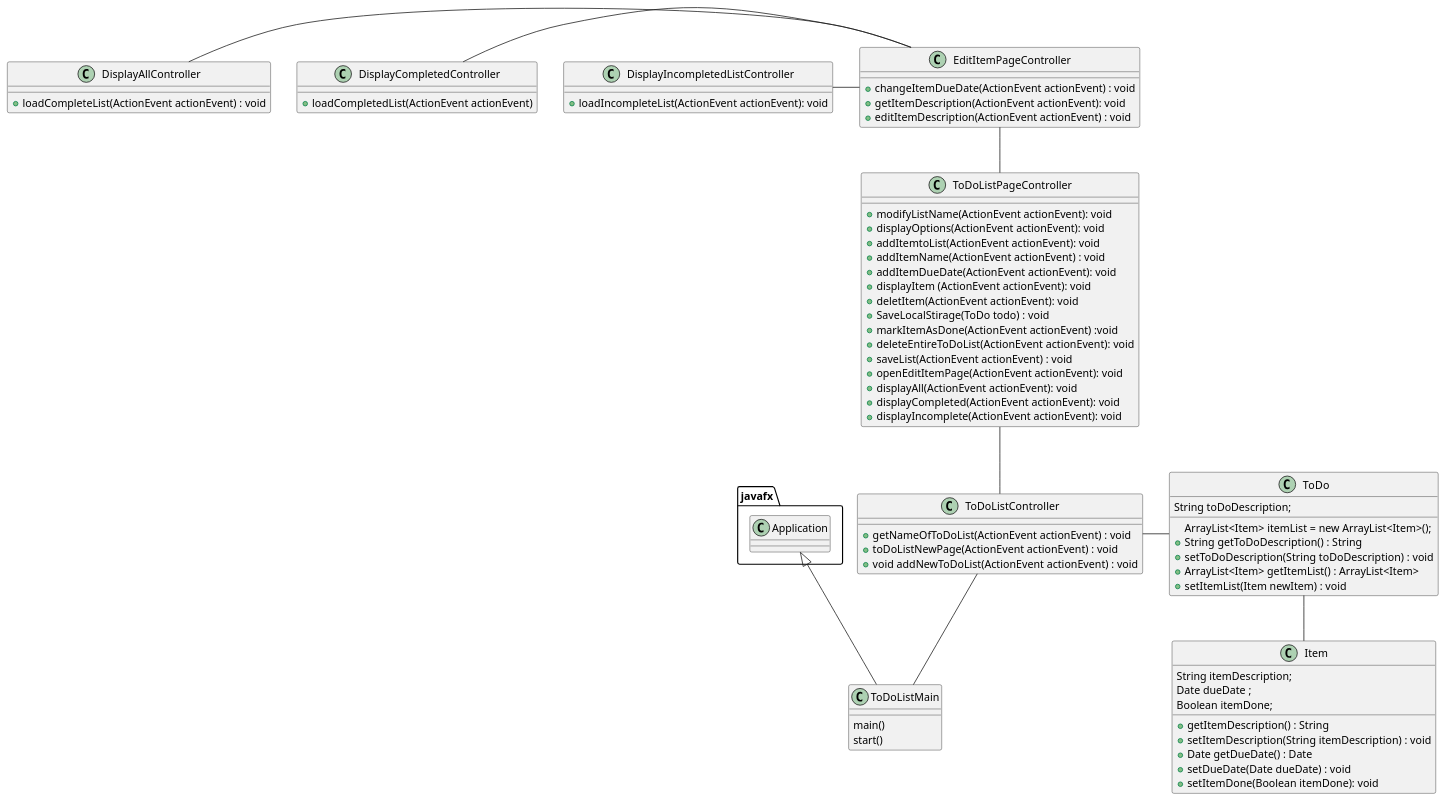
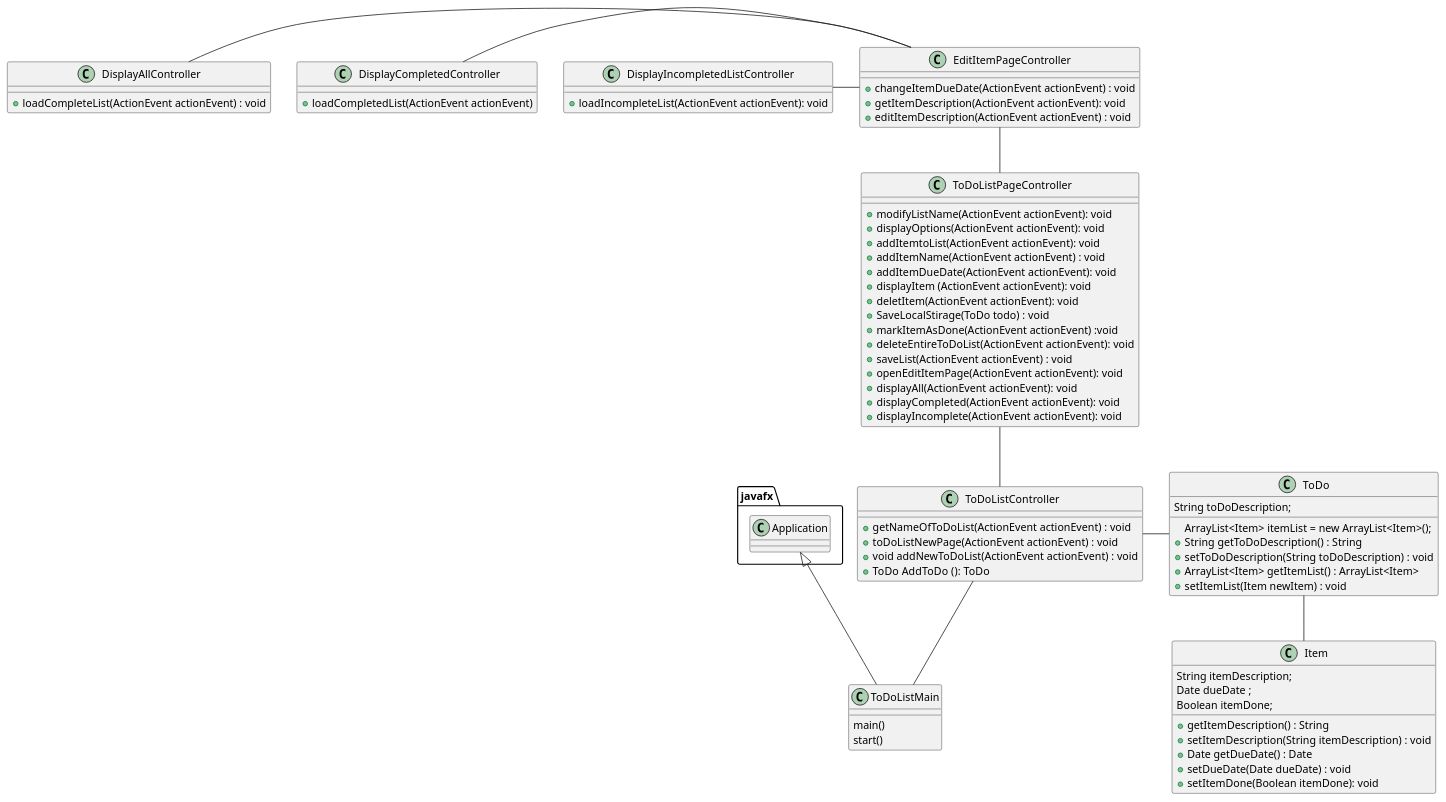
The diagram in UML/ToDoListApp.puml (SaharaSheik/Sheikholeslami-cop3330-assignment4), drawn with PlantUML before and after one commit. The commit also changed 11 other files, not shown here.

```diff
--- a/UML/ToDoListApp.puml
+++ b/UML/ToDoListApp.puml
@@ -1,91 +1,95 @@
 @startuml
 'https://plantuml.com/sequence-diagram
 
 class ToDoListMain{
     main()
     start()
 }
 
 class EditItemPageController {
 
 +changeItemDueDate(ActionEvent actionEvent) : void
 +getItemDescription(ActionEvent actionEvent): void
 + editItemDescription(ActionEvent actionEvent) : void
 
 }
 
-class DisplayAllController {
-+loadCompleteList(ActionEvent actionEvent) : void
-}
-
 class DisplayCompletedController {
 
 +loadCompletedList(ActionEvent actionEvent)
-}
-
-class DisplayIncompletedListController {
-+loadIncompleteList(ActionEvent actionEvent): void
 }
 
 class Item{
  String itemDescription;
  Date dueDate ;
  Boolean itemDone;
 
  + getItemDescription() : String
  + setItemDescription(String itemDescription) : void
  +Date getDueDate() : Date
  + setDueDate(Date dueDate) : void
  + setItemDone(Boolean itemDone): void
 
+
+}
+
+
+class DisplayAllController {
++loadCompleteList(ActionEvent actionEvent) : void
+}
+
+
+class DisplayIncompletedListController {
++loadIncompleteList(ActionEvent actionEvent): void
 }
 
 class ToDo {
 
     String toDoDescription;
     ArrayList<Item> itemList = new ArrayList<Item>();
     + String getToDoDescription() : String
     + setToDoDescription(String toDoDescription) : void
     + ArrayList<Item> getItemList() : ArrayList<Item>
     +  setItemList(Item newItem) : void
 
 }
 
 class ToDoListController {
 + getNameOfToDoList(ActionEvent actionEvent) : void
 + toDoListNewPage(ActionEvent actionEvent) : void
 +  void addNewToDoList(ActionEvent actionEvent) : void
++ ToDo AddToDo (): ToDo
 }
 
 class ToDoListPageController {
 + modifyListName(ActionEvent actionEvent): void
 + displayOptions(ActionEvent actionEvent): void
 + addItemtoList(ActionEvent actionEvent): void
 + addItemName(ActionEvent actionEvent) : void
 + addItemDueDate(ActionEvent actionEvent): void
 + displayItem (ActionEvent actionEvent): void
 +  deletItem(ActionEvent actionEvent): void
 + SaveLocalStirage(ToDo todo) : void
 + markItemAsDone(ActionEvent actionEvent) :void
 + deleteEntireToDoList(ActionEvent actionEvent): void
 + saveList(ActionEvent actionEvent) : void
 + openEditItemPage(ActionEvent actionEvent): void
 +  displayAll(ActionEvent actionEvent): void
 + displayCompleted(ActionEvent actionEvent): void
 + displayIncomplete(ActionEvent actionEvent): void
 
 
 
 }
 
 javafx.Application <|-- ToDoListMain
 ToDoListController -- ToDoListMain
 ToDoListController - ToDo
 ToDo -- Item
 DisplayAllController - EditItemPageController
 DisplayCompletedController - EditItemPageController
 DisplayIncompletedListController - EditItemPageController
 EditItemPageController -- ToDoListPageController
 ToDoListPageController -- ToDoListController
 
 @enduml
```
